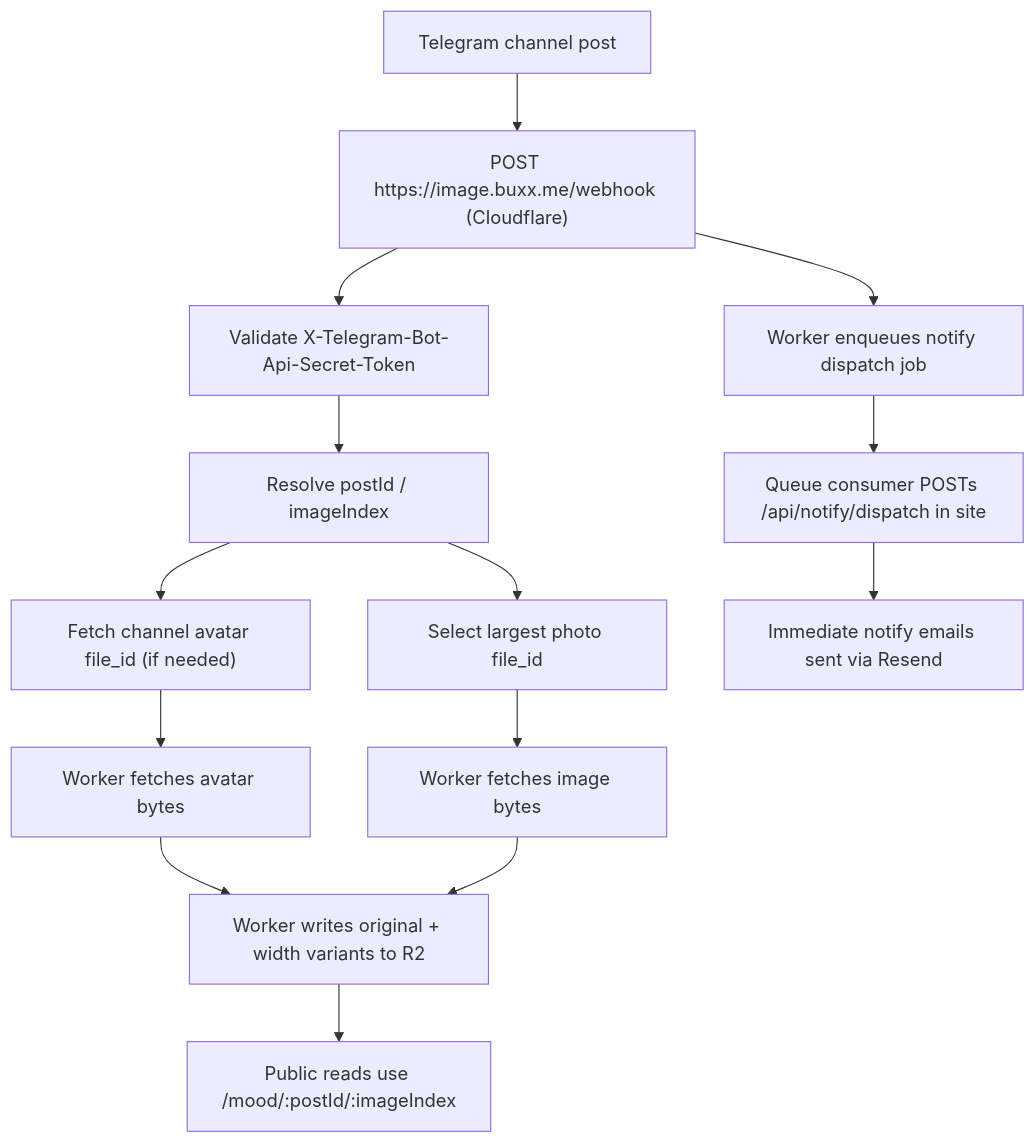
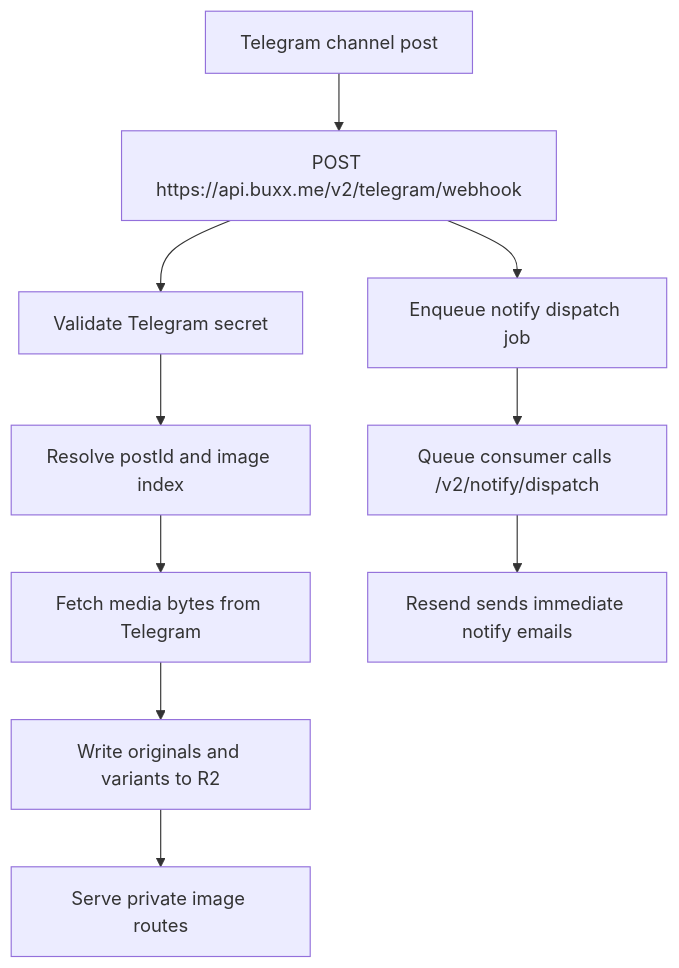
One commit to bunizao/site changed the diagram in src/content/docs/docs/pipeline/telegram.md. Above: the diagram before and after it, drawn with Mermaid. The commit also changed other lines of this file and 149 other files, not shown here.

Commit message:
refactor: proxy private API v2

````diff
--- a/src/content/docs/docs/pipeline/telegram.md
+++ b/src/content/docs/docs/pipeline/telegram.md
@@ -11,16 +11,12 @@
 ```mermaid
 flowchart TD
-  A["Telegram channel post"] --> B["POST https://image.buxx.me/webhook (Cloudflare)"]
-  B --> C["Validate X-Telegram-Bot-Api-Secret-Token"]
-  C --> D["Resolve postId / imageIndex"]
-  D --> E["Fetch channel avatar file_id (if needed)"]
-  D --> F["Select largest photo file_id"]
-  E --> G["Worker fetches avatar bytes"]
-  F --> H["Worker fetches image bytes"]
-  G --> I["Worker writes original + width variants to R2"]
-  H --> I
-  I --> J["Public reads use /mood/:postId/:imageIndex"]
-  B --> K["Worker enqueues notify dispatch job"]
-  K --> L["Queue consumer POSTs /api/notify/dispatch in site"]
-  L --> M["Immediate notify emails sent via Resend"]
+  A["Telegram channel post"] --> B["POST https://api.buxx.me/v2/telegram/webhook"]
+  B --> C["Validate Telegram secret"]
+  C --> D["Resolve postId and image index"]
+  D --> E["Fetch media bytes from Telegram"]
+  E --> F["Write originals and variants to R2"]
+  F --> G["Serve private image routes"]
+  B --> H["Enqueue notify dispatch job"]
+  H --> I["Queue consumer calls /v2/notify/dispatch"]
+  I --> J["Resend sends immediate notify emails"]
 ```
````
